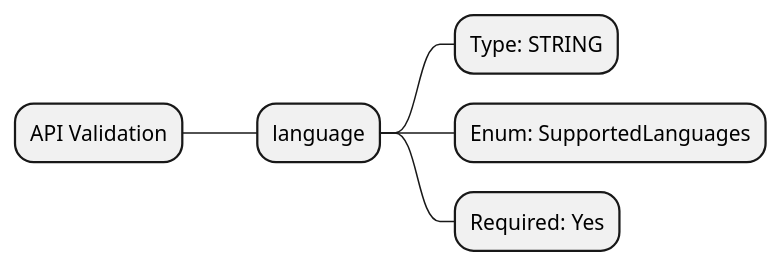
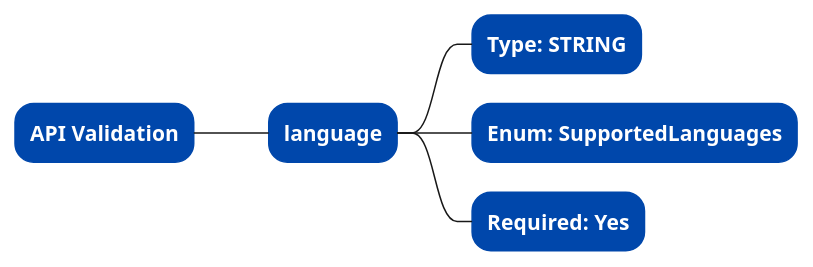
One commit to daria-serkova/aws-cdk changed the diagram in geolocation-services/geo-localizer-solution/architecture/geo-data-storage-and-retrieval/retrieve-countries-dropdown/request-validation.plantuml. Above: the diagram before and after it, drawn with PlantUML. The commit also changed 3 other files, not shown here.

```diff
--- a/geolocation-services/geo-localizer-solution/architecture/geo-data-storage-and-retrieval/retrieve-countries-dropdown/request-validation.plantuml
+++ b/geolocation-services/geo-localizer-solution/architecture/geo-data-storage-and-retrieval/retrieve-countries-dropdown/request-validation.plantuml
@@ -1,7 +1,14 @@
 @startmindmap API Validation
+skinparam node {
+    BackgroundColor #0047AB
+    FontColor #FFFFFF
+    BorderColor #0047AB
+    BorderThickness 1
+    FontStyle bold
+}
 * API Validation
 ** language
 *** Type: STRING
 *** Enum: SupportedLanguages
 *** Required: Yes
 @endmindmap
```
